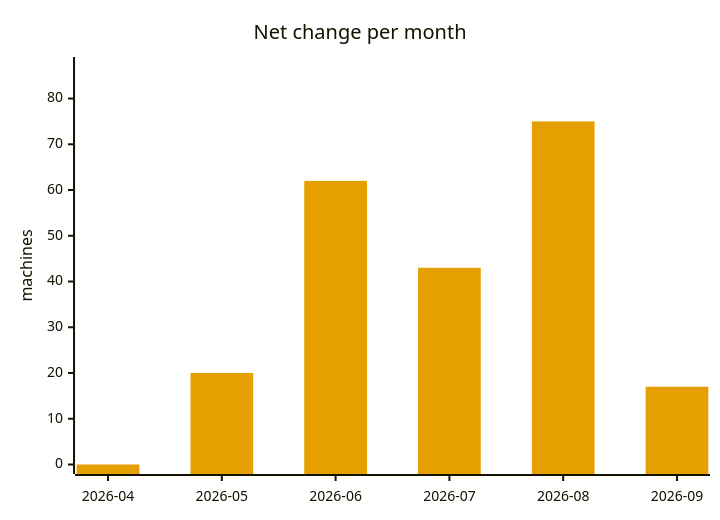
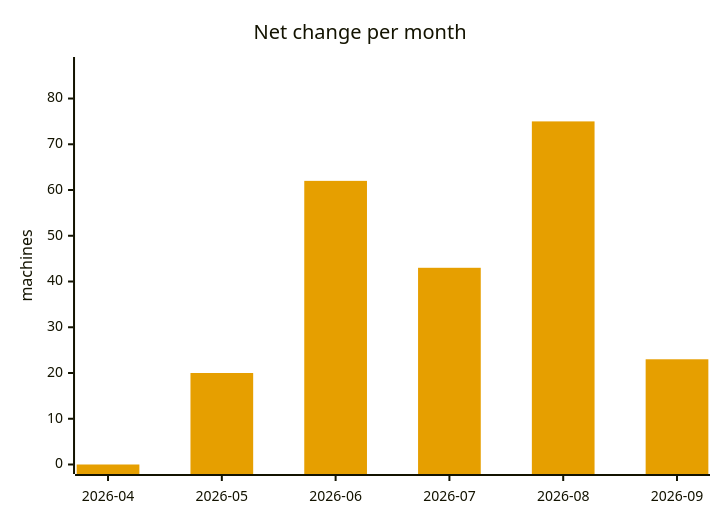
Before and after one commit to cheeaun/returnright-data: the seventh of 7 diagrams in ANALYSIS.md, drawn with Mermaid. The commit also changed other lines of this file and 3 other files, not shown here.

````diff
--- a/ANALYSIS.md
+++ b/ANALYSIS.md
@@ -307,13 +308,13 @@
 ```mermaid
 ---
 config:
   themeVariables:
     xyChart:
       plotColorPalette: "#E69F00"
 ---
 xychart-beta
     title "Net change per month"
     x-axis ["2026-04", "2026-05", "2026-06", "2026-07", "2026-08", "2026-09"]
     y-axis "machines" 0 --> 87
-    bar [0, 20, 62, 43, 75, 17]
+    bar [0, 20, 62, 43, 75, 23]
 ```
````
